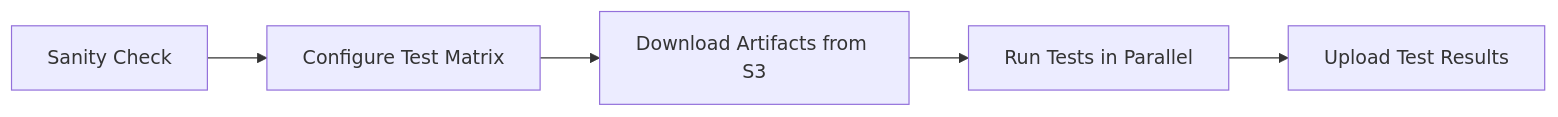
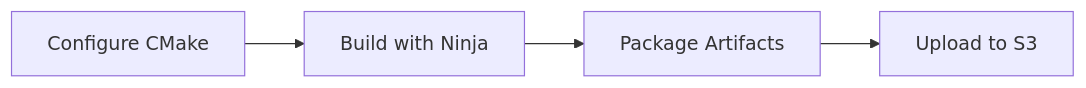
One commit to ROCm/TheRock changed the second of 4 diagrams in docs/development/ci_overview.md. Above: the diagram before and after it, drawn with Mermaid. The commit also changed other lines of this file, not shown here.

````diff
--- a/docs/development/ci_overview.md
+++ b/docs/development/ci_overview.md
@@ -184,7 +48,6 @@
 ```mermaid
 graph LR
-    A[Sanity Check] --> B[Configure Test Matrix]
-    B --> C[Download Artifacts from S3]
-    C --> D[Run Tests in Parallel]
-    D --> E[Upload Test Results]
+    A[Configure CMake] --> B[Build with Ninja]
+    B --> C[Package Artifacts]
+    C --> D[Upload to S3]
 ```
````
